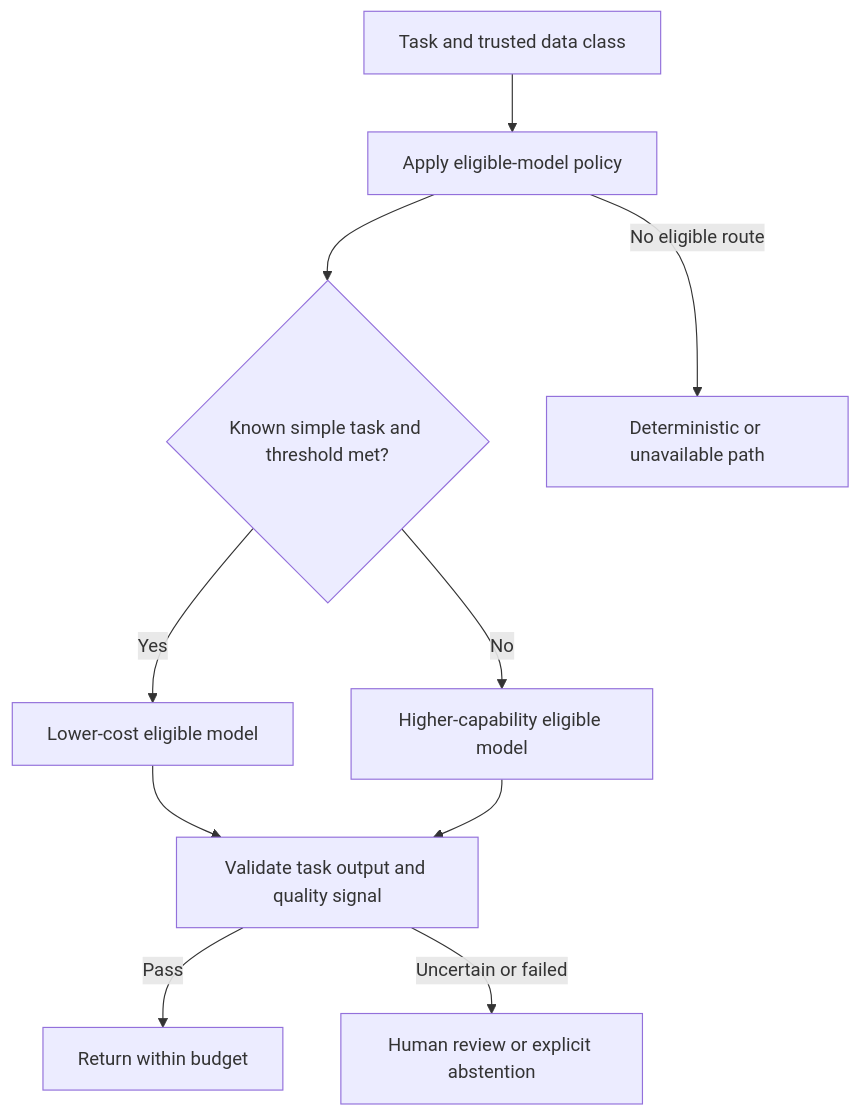
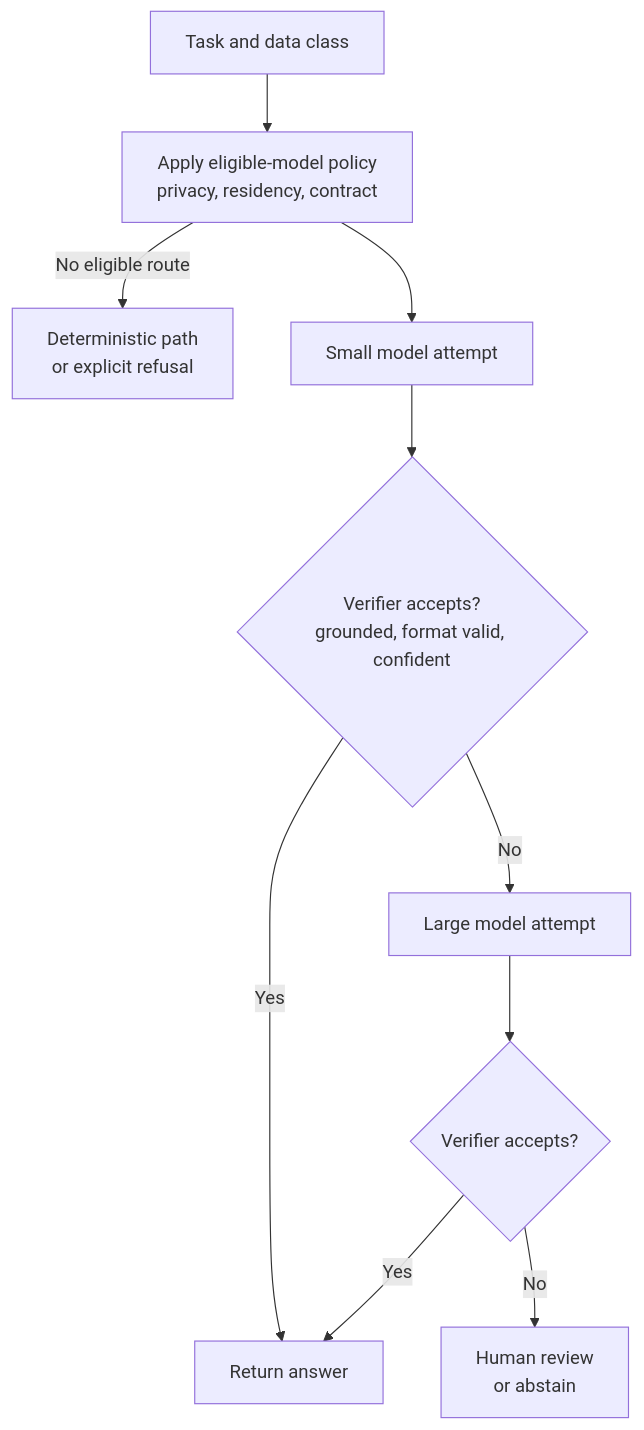
The ninth of 23 diagrams in 17_AI_Architecture/CH14_AI_Cost_Performance_and_Sustainability_Decisions.md (joydasss/Architect), drawn with Mermaid before and after one commit. The commit also changed other lines of this file and 295 other files, not shown here.

````diff
--- a/17_AI_Architecture/CH14_AI_Cost_Performance_and_Sustainability_Decisions.md
+++ b/17_AI_Architecture/CH14_AI_Cost_Performance_and_Sustainability_Decisions.md
@@ -47,12 +749,12 @@
 ```mermaid
 flowchart TD
-    Task[Task and trusted data class] --> Policy[Apply eligible-model policy]
-    Policy --> Simple{Known simple task and threshold met?}
-    Simple -->|Yes| Small[Lower-cost eligible model]
-    Simple -->|No| Strong[Higher-capability eligible model]
-    Small --> Validate[Validate task output and quality signal]
-    Strong --> Validate
-    Validate -->|Pass| Return[Return within budget]
-    Validate -->|Uncertain or failed| Human[Human review or explicit abstention]
-    Policy -->|No eligible route| Degrade[Deterministic or unavailable path]
+    T["Task and data class"] --> P["Apply eligible-model policy<br/>privacy, residency, contract"]
+    P -->|"No eligible route"| X["Deterministic path<br/>or explicit refusal"]
+    P --> S["Small model attempt"]
+    S --> V{"Verifier accepts?<br/>grounded, format valid, confident"}
+    V -->|Yes| R["Return answer"]
+    V -->|No| L["Large model attempt"]
+    L --> V2{"Verifier accepts?"}
+    V2 -->|Yes| R
+    V2 -->|No| H["Human review<br/>or abstain"]
 ```
````
